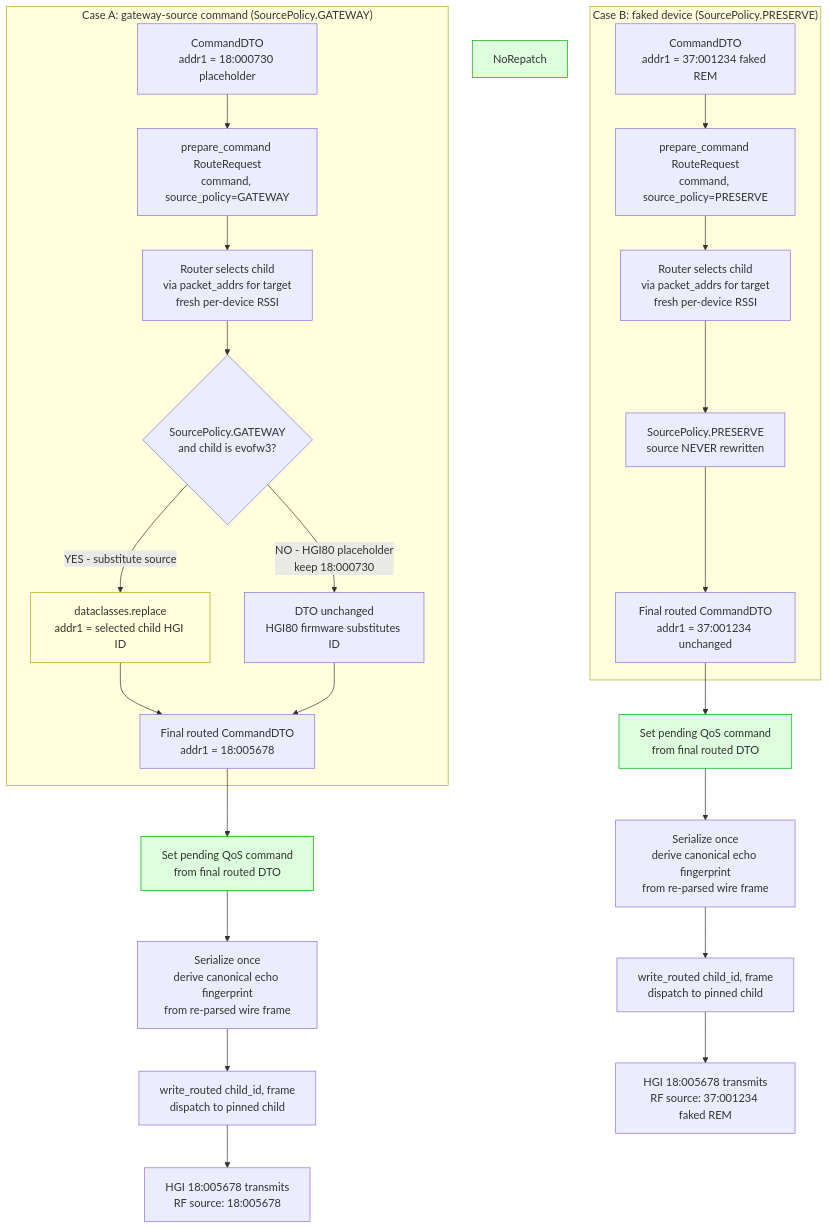
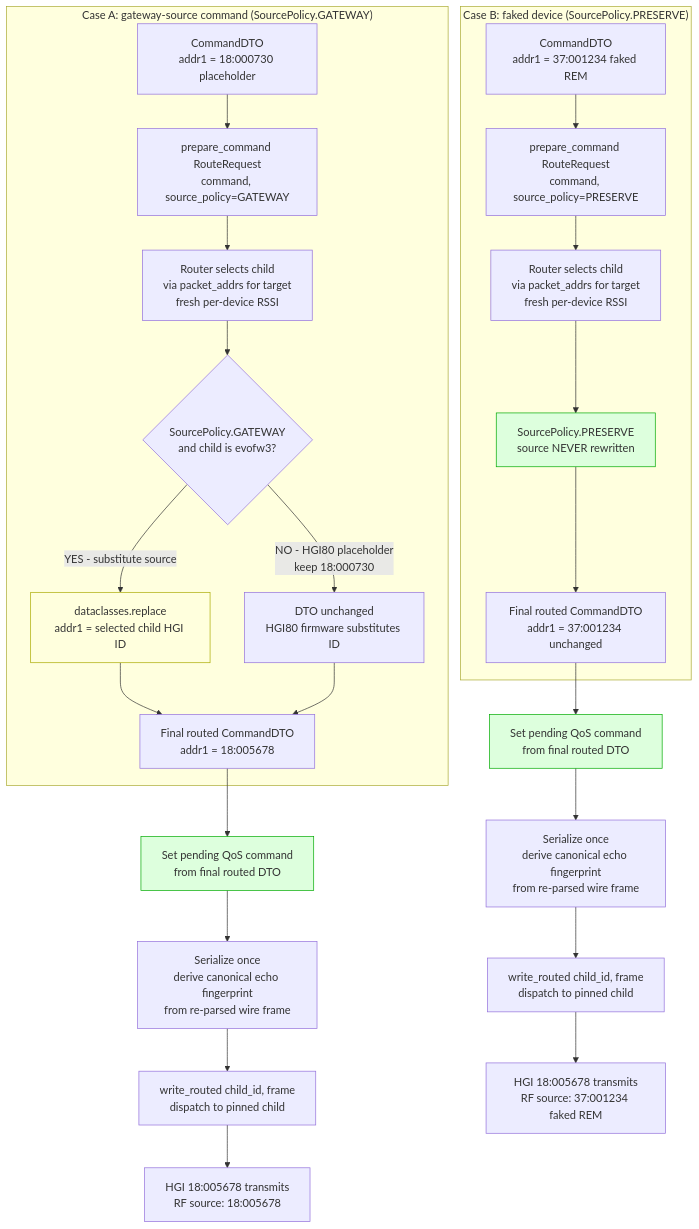
The diagram in docs/diagrams/02_outbound_rssi_routing.md (ramses-rf/ramses_cc), drawn with Mermaid before and after one commit. The commit also changed 4 other files, not shown here.

First line of the commit message:
docs: fix diagram accuracy after fact-check against plan

````diff
--- a/docs/diagrams/02_outbound_rssi_routing.md
+++ b/docs/diagrams/02_outbound_rssi_routing.md
@@ -6,38 +6,38 @@
 ```mermaid
 flowchart TD
     subgraph CaseA["Case A: gateway-source command (SourcePolicy.GATEWAY)"]
         Cmd1["CommandDTO<br/>addr1 = 18:000730 placeholder"]
         Cmd1 --> Prep1["prepare_command RouteRequest<br/>command, source_policy=GATEWAY"]
         Prep1 --> Route1["Router selects child<br/>via packet_addrs for target<br/>fresh per-device RSSI"]
         Route1 --> Sub1{"SourcePolicy.GATEWAY<br/>and child is evofw3?"}
         Sub1 -->|"YES - substitute source"| Replace1["dataclasses.replace<br/>addr1 = selected child HGI ID"]
         Sub1 -->|"NO - HGI80 placeholder<br/>keep 18:000730"| Keep1["DTO unchanged<br/>HGI80 firmware substitutes ID"]
         Replace1 --> Final1["Final routed CommandDTO<br/>addr1 = 18:005678"]
         Keep1 --> Final1
     end
 
     subgraph CaseB["Case B: faked device (SourcePolicy.PRESERVE)"]
         Cmd2["CommandDTO<br/>addr1 = 37:001234 faked REM"]
         Cmd2 --> Prep2["prepare_command RouteRequest<br/>command, source_policy=PRESERVE"]
         Prep2 --> Route2["Router selects child<br/>via packet_addrs for target<br/>fresh per-device RSSI"]
         Route2 --> NoSub["SourcePolicy.PRESERVE<br/>source NEVER rewritten"]
         NoSub --> Final2["Final routed CommandDTO<br/>addr1 = 37:001234 unchanged"]
     end
 
     Final1 --> QoS1["Set pending QoS command<br/>from final routed DTO"]
     Final2 --> QoS2["Set pending QoS command<br/>from final routed DTO"]
 
     QoS1 --> Serial1["Serialize once<br/>derive canonical echo fingerprint<br/>from re-parsed wire frame"]
     QoS2 --> Serial2["Serialize once<br/>derive canonical echo fingerprint<br/>from re-parsed wire frame"]
 
     Serial1 --> Write1["write_routed child_id, frame<br/>dispatch to pinned child"]
     Serial2 --> Write2["write_routed child_id, frame<br/>dispatch to pinned child"]
 
     Write1 --> HGI1["HGI 18:005678 transmits<br/>RF source: 18:005678"]
     Write2 --> HGI2["HGI 18:005678 transmits<br/>RF source: 37:001234 faked REM"]
 
     style Replace1 fill:#ffd,stroke:#aa0
-    style NoRepatch fill:#dfd,stroke:#0a0
+    style NoSub fill:#dfd,stroke:#0a0
     style QoS1 fill:#dfd,stroke:#0a0
     style QoS2 fill:#dfd,stroke:#0a0
 ```
````
